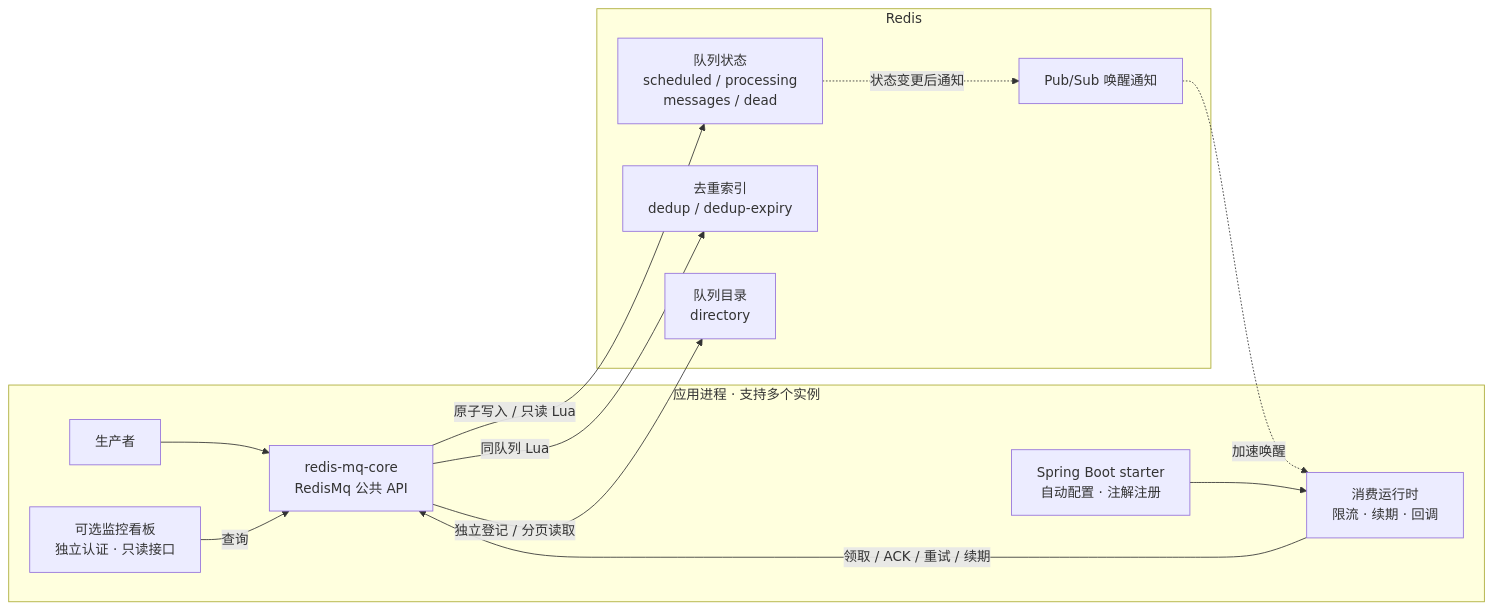
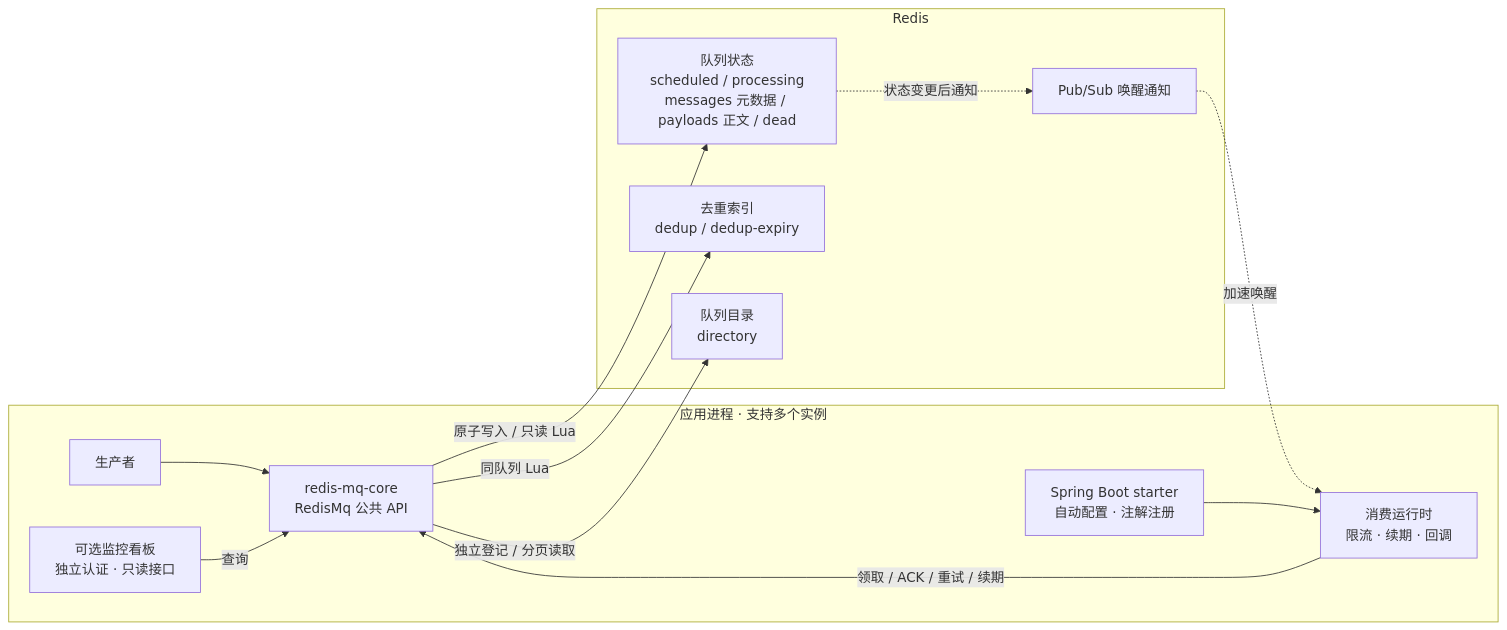
One commit to linbin-mk/redismq changed the first of 2 diagrams in README.md. Above: the diagram before and after it, drawn with Mermaid. The commit also changed other lines of this file and 28 other files, not shown here.

````diff
--- a/README.md
+++ b/README.md
@@ -27,20 +38,20 @@
 ```mermaid
 flowchart LR
     subgraph APP["应用进程 · 支持多个实例"]
         P["生产者"] --> C["redis-mq-core<br/>RedisMq 公共 API"]
         S["Spring Boot starter<br/>自动配置 · 注解注册"] --> W["消费运行时<br/>限流 · 续期 · 回调"]
         W -->|"领取 / ACK / 重试 / 续期"| C
         D["可选监控看板<br/>独立认证 · 只读接口"] -->|"查询"| C
     end
     subgraph REDIS["Redis"]
-        Q["队列状态<br/>scheduled / processing<br/>messages / dead"]
+        Q["队列状态<br/>scheduled / processing<br/>messages 元数据 / payloads 正文 / dead"]
         I["去重索引<br/>dedup / dedup-expiry"]
         R["队列目录<br/>directory"]
         N["Pub/Sub 唤醒通知"]
     end
     C -->|"原子写入 / 只读 Lua"| Q
     C -->|"同队列 Lua"| I
     C -->|"独立登记 / 分页读取"| R
     Q -.->|"状态变更后通知"| N
     N -.->|"加速唤醒"| W
 ```
````
